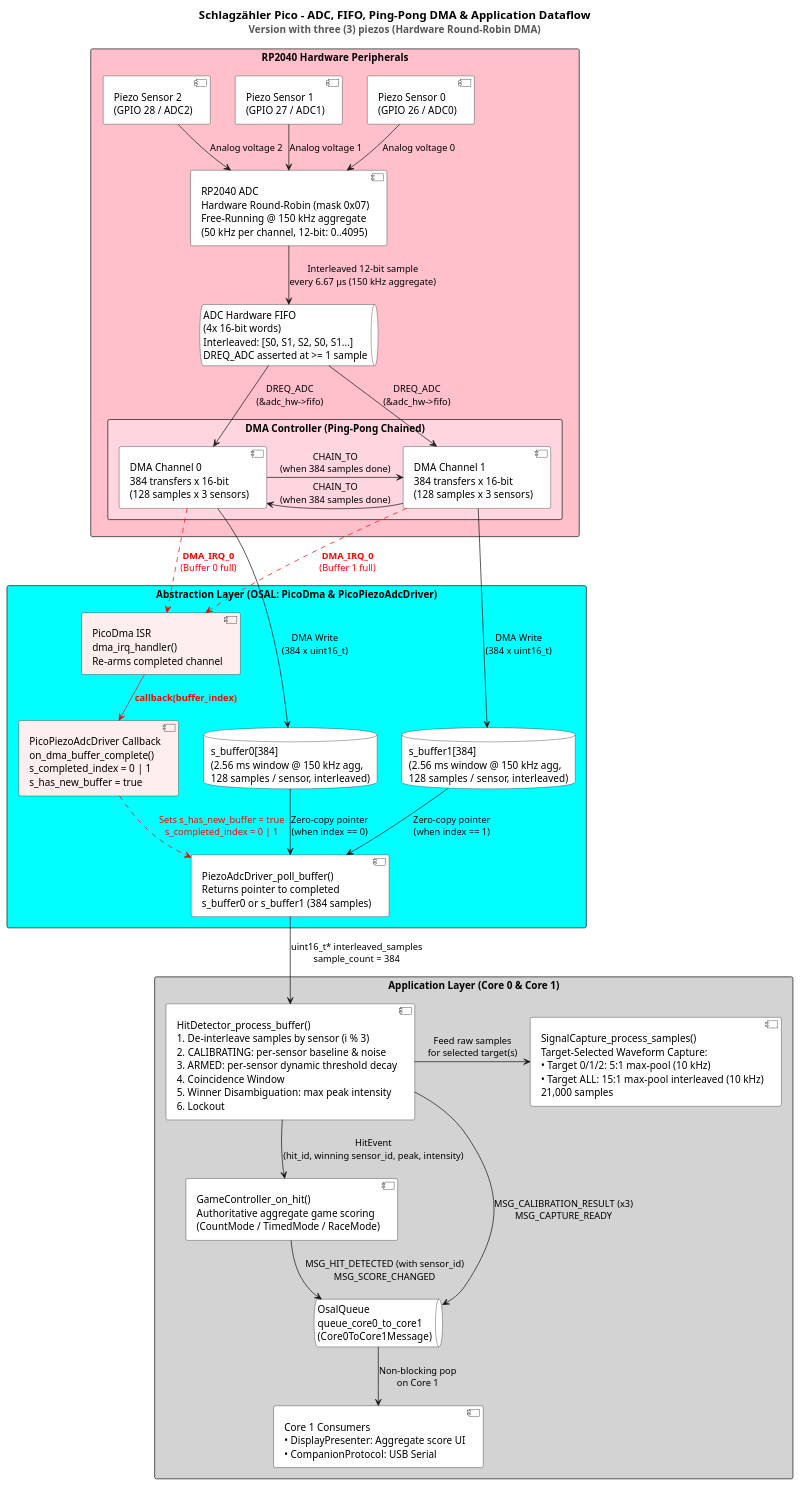
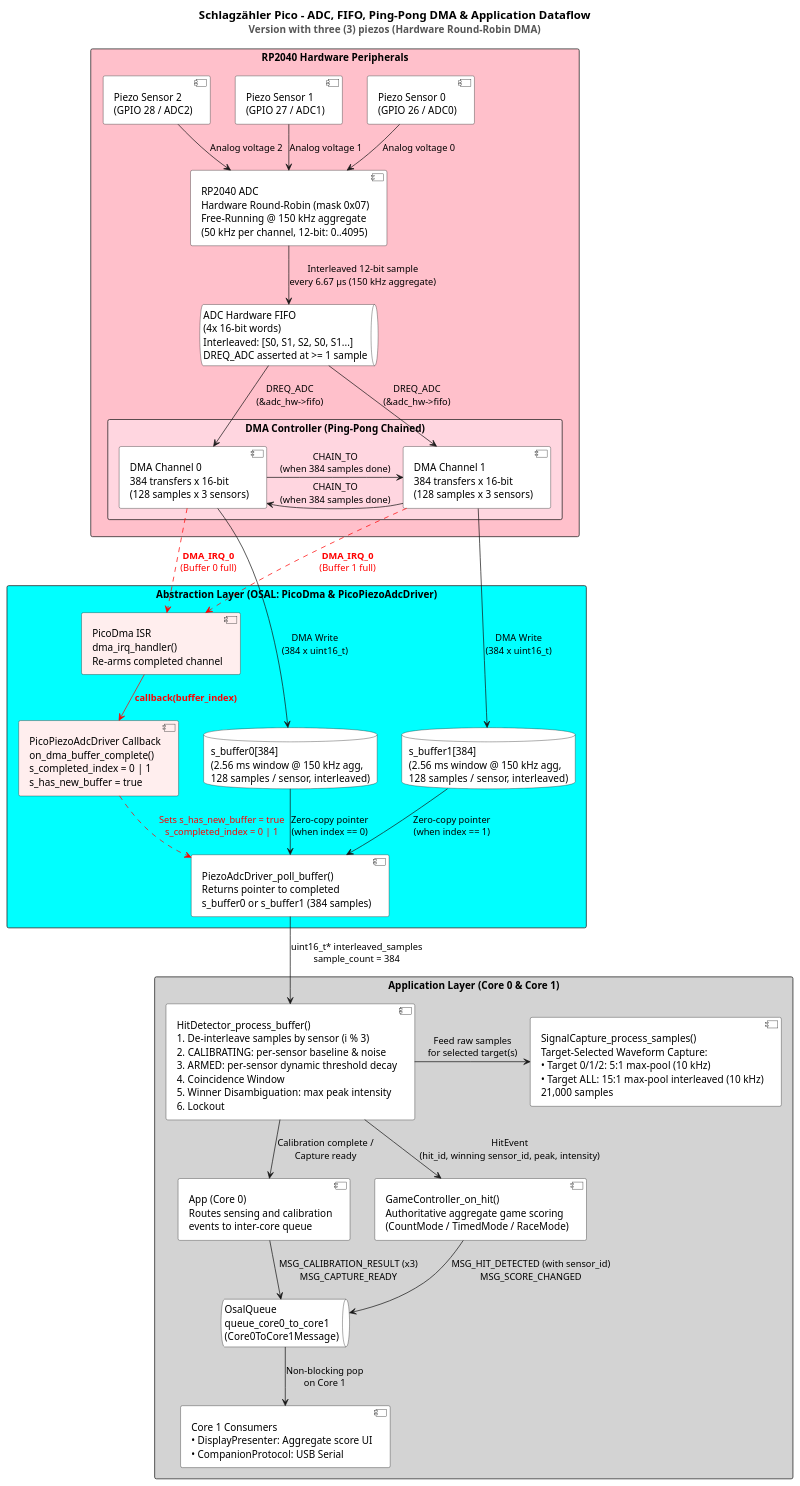
Before and after one commit to rafaelurben/raspberry-pi-pico-schlagzaehler: the diagram in docs/diagrams/dataflow_pico_adc_dma_3_piezo.puml, drawn with PlantUML. The commit also changed 40 other files, not shown here.

```diff
--- a/docs/diagrams/dataflow_pico_adc_dma_3_piezo.puml
+++ b/docs/diagrams/dataflow_pico_adc_dma_3_piezo.puml
@@ -1,92 +1,94 @@
 @startuml
 title
   <size:16><b>Schlagzähler Pico – ADC, FIFO, Ping-Pong DMA & Application Dataflow</b></size>
   <size:14><color:#555555>Version with three (3) piezos (Hardware Round-Robin DMA)</color></size>
 end title
 
 top to bottom direction
 skinparam shadowing false
 skinparam packageStyle rectangle
 skinparam nodesep 35
 skinparam ranksep 45
 
 ' ============================================================================
 ' 1. HARDWARE PERIPHERALS (RP2040)
 ' ============================================================================
 package "RP2040 Hardware Peripherals" as HwLayer #Pink {
     component "Piezo Sensor 0\n(GPIO 26 / ADC0)" as Piezo0 #White
     component "Piezo Sensor 1\n(GPIO 27 / ADC1)" as Piezo1 #White
     component "Piezo Sensor 2\n(GPIO 28 / ADC2)" as Piezo2 #White
 
     component "RP2040 ADC\nHardware Round-Robin (mask 0x07)\nFree-Running @ 150 kHz aggregate\n(50 kHz per channel, 12-bit: 0..4095)" as AdcHw #White
     queue "ADC Hardware FIFO\n(4x 16-bit words)\nInterleaved: [S0, S1, S2, S0, S1...]\nDREQ_ADC asserted at >= 1 sample" as AdcFifo #White
 
     package "DMA Controller (Ping-Pong Chained)" as DmaHw #FFD6E0 {
         component "DMA Channel 0\n384 transfers x 16-bit\n(128 samples x 3 sensors)" as DmaChan0 #White
         component "DMA Channel 1\n384 transfers x 16-bit\n(128 samples x 3 sensors)" as DmaChan1 #White
     }
 }
 
 ' ============================================================================
 ' 2. ABSTRACTION LAYER (DMA RAM BUFFERS & DRIVER)
 ' ============================================================================
 package "Abstraction Layer (OSAL: PicoDma & PicoPiezoAdcDriver)" as AbsLayer #Cyan {
     database "s_buffer0[384]\n(2.56 ms window @ 150 kHz agg,\n128 samples / sensor, interleaved)" as Buf0 #White
     database "s_buffer1[384]\n(2.56 ms window @ 150 kHz agg,\n128 samples / sensor, interleaved)" as Buf1 #White
 
     component "PicoDma ISR\ndma_irq_handler()\nRe-arms completed channel" as PicoDmaIsr #FFEEEE
     component "PicoPiezoAdcDriver Callback\non_dma_buffer_complete()\ns_completed_index = 0 | 1\ns_has_new_buffer = true" as AdcDriverCb #FFEEEE
     component "PiezoAdcDriver_poll_buffer()\nReturns pointer to completed\ns_buffer0 or s_buffer1 (384 samples)" as PollBuffer #White
 }
 
 ' ============================================================================
 ' 3. APPLICATION LAYER (CORE 0 & CORE 1)
 ' ============================================================================
 package "Application Layer (Core 0 & Core 1)" as AppLayer #LightGray {
     component "HitDetector_process_buffer()\n1. De-interleave samples by sensor (i % 3)\n2. CALIBRATING: per-sensor baseline & noise\n3. ARMED: per-sensor dynamic threshold decay\n4. Coincidence Window\n5. Winner Disambiguation: max peak intensity\n6. Lockout" as HitDetector #White
     component "SignalCapture_process_samples()\nTarget-Selected Waveform Capture:\n• Target 0/1/2: 5:1 max-pool (10 kHz)\n• Target ALL: 15:1 max-pool interleaved (10 kHz)\n21,000 samples" as SignalCapture #White
+    component "App (Core 0)\nRoutes sensing and calibration\nevents to inter-core queue" as AppCore0 #White
     component "GameController_on_hit()\nAuthoritative aggregate game scoring\n(CountMode / TimedMode / RaceMode)" as GameController #White
     queue "OsalQueue\nqueue_core0_to_core1\n(Core0ToCore1Message)" as InterCoreQueue #White
     component "Core 1 Consumers\n• DisplayPresenter: Aggregate score UI\n• CompanionProtocol: USB Serial" as Core1Consumers #White
 }
 
 ' ============================================================================
 ' DATAFLOW CONNECTIONS
 ' ============================================================================
 
 ' Analog to ADC to FIFO
 Piezo0 -down-> AdcHw : Analog voltage 0
 Piezo1 -down-> AdcHw : Analog voltage 1
 Piezo2 -down-> AdcHw : Analog voltage 2
 AdcHw -down-> AdcFifo : Interleaved 12-bit sample\nevery 6.67 µs (150 kHz aggregate)
 
 ' FIFO to DMA via DREQ_ADC
 AdcFifo -down-> DmaChan0 : DREQ_ADC\n(&adc_hw->fifo)
 AdcFifo -down-> DmaChan1 : DREQ_ADC\n(&adc_hw->fifo)
 
 ' Ping-Pong Chaining between DMA Channel 0 and Channel 1
 DmaChan0 -right-> DmaChan1 : CHAIN_TO\n(when 384 samples done)
 DmaChan1 -left-> DmaChan0 : CHAIN_TO\n(when 384 samples done)
 
 ' DMA writes to RAM buffers
 DmaChan0 -down-> Buf0 : DMA Write\n(384 x uint16_t)
 DmaChan1 -down-> Buf1 : DMA Write\n(384 x uint16_t)
 
 ' Hardware Interrupt Path in RED
 DmaChan0 .[#Red]down.> PicoDmaIsr : <color:Red><b>DMA_IRQ_0</b></color>\n<color:Red>(Buffer 0 full)</color>
 DmaChan1 .[#Red]down.> PicoDmaIsr : <color:Red><b>DMA_IRQ_0</b></color>\n<color:Red>(Buffer 1 full)</color>
 PicoDmaIsr -[#Red]down-> AdcDriverCb : <color:Red><b>callback(buffer_index)</b></color>
 AdcDriverCb .[#Red]down.> PollBuffer : <color:Red>Sets s_has_new_buffer = true</color>\n<color:Red>s_completed_index = 0 | 1</color>
 
 ' Zero-copy buffer pointer handoff to Core 0 loop
 Buf0 -down-> PollBuffer : Zero-copy pointer\n(when index == 0)
 Buf1 -down-> PollBuffer : Zero-copy pointer\n(when index == 1)
 
 PollBuffer -down-> HitDetector : uint16_t* interleaved_samples\nsample_count = 384
 HitDetector -right-> SignalCapture : Feed raw samples\nfor selected target(s)
+HitDetector -down-> AppCore0 : Calibration complete /\nCapture ready
 HitDetector -down-> GameController : HitEvent\n(hit_id, winning sensor_id, peak, intensity)
-HitDetector -down-> InterCoreQueue : MSG_CALIBRATION_RESULT (x3)\nMSG_CAPTURE_READY
+AppCore0 -down-> InterCoreQueue : MSG_CALIBRATION_RESULT (x3)\nMSG_CAPTURE_READY
 GameController -down-> InterCoreQueue : MSG_HIT_DETECTED (with sensor_id)\nMSG_SCORE_CHANGED
 InterCoreQueue -down-> Core1Consumers : Non-blocking pop\non Core 1
 
 @enduml
```
